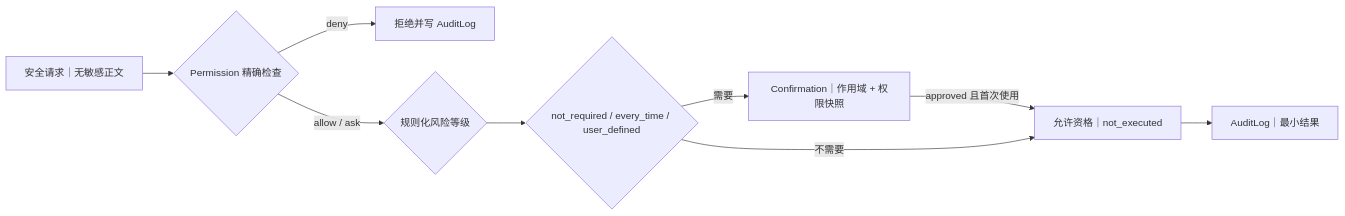
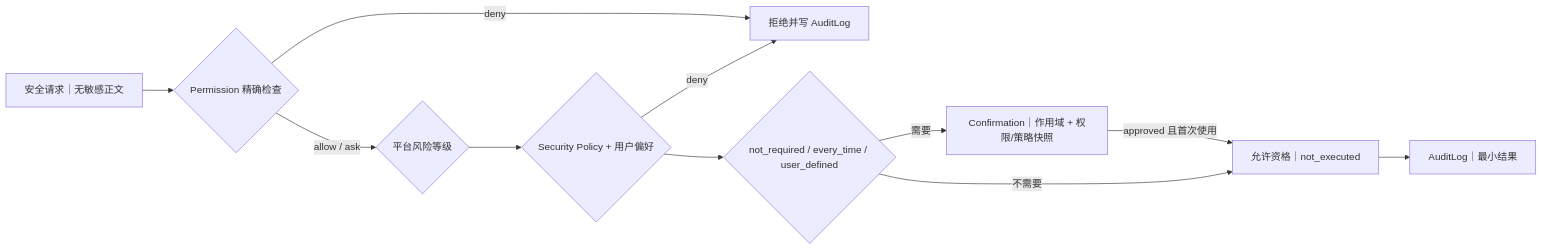
One commit to yuan69082-code/vio-live-frontend changed the fifth of 5 diagrams in docs/后端/数据关系图.md. Above: the diagram before and after it, drawn with Mermaid. The commit also changed other lines of this file and 41 other files, not shown here.

````diff
--- a/docs/后端/数据关系图.md
+++ b/docs/后端/数据关系图.md
@@ -358,11 +402,13 @@
 ```mermaid
 flowchart LR
     REQUEST["安全请求｜无敏感正文"] --> PERMISSION{"Permission 精确检查"}
     PERMISSION -->|"deny"| DENY["拒绝并写 AuditLog"]
-    PERMISSION -->|"allow / ask"| RISK{"规则化风险等级"}
-    RISK --> CONFIRM{"not_required / every_time / user_defined"}
-    CONFIRM -->|"需要"| RECORD["Confirmation｜作用域 + 权限快照"]
+    PERMISSION -->|"allow / ask"| RISK{"平台风险等级"}
+    RISK --> POLICY{"Security Policy + 用户偏好"}
+    POLICY -->|"deny"| DENY
+    POLICY --> CONFIRM{"not_required / every_time / user_defined"}
+    CONFIRM -->|"需要"| RECORD["Confirmation｜作用域 + 权限/策略快照"]
     RECORD -->|"approved 且首次使用"| READY["允许资格｜not_executed"]
     CONFIRM -->|"不需要"| READY
     READY --> AUDIT["AuditLog｜最小结果"]
 ```
````
